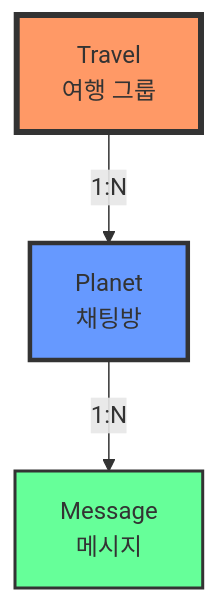
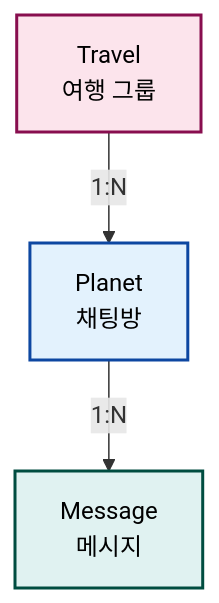
One commit to maximizest/connecto-nest changed the third of 6 diagrams in .md/entity-relationship-diagram.md. Above: the diagram before and after it, drawn with Mermaid. The commit also changed other lines of this file, not shown here.

````diff
--- a/.md/entity-relationship-diagram.md
+++ b/.md/entity-relationship-diagram.md
@@ -65,13 +65,13 @@
 ```mermaid
 graph TD
     Travel[Travel<br/>여행 그룹]
     Planet[Planet<br/>채팅방]
     Message[Message<br/>메시지]
     
     Travel -->|1:N| Planet
     Planet -->|1:N| Message
     
-    style Travel fill:#f96,stroke:#333,stroke-width:4px
-    style Planet fill:#69f,stroke:#333,stroke-width:3px
-    style Message fill:#6f9,stroke:#333,stroke-width:2px
+    style Travel fill:#fce4ec,stroke:#880e4f,stroke-width:2px,color:#000
+    style Planet fill:#e3f2fd,stroke:#0d47a1,stroke-width:2px,color:#000
+    style Message fill:#e0f2f1,stroke:#004d40,stroke-width:2px,color:#000
 ```
````
